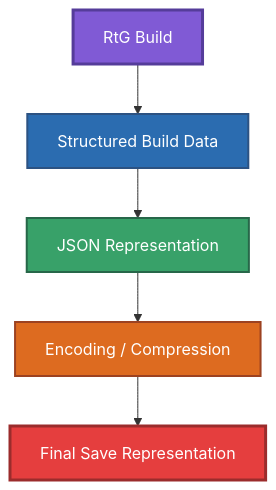
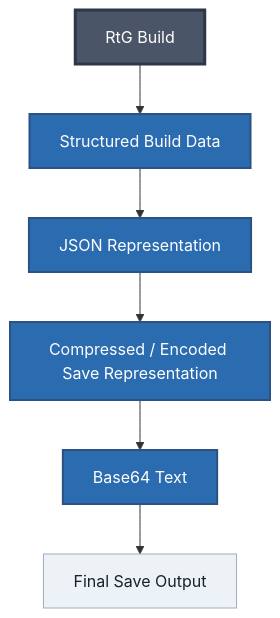
Before and after one commit to JuanCrakYT/RtG-Format: the first of 2 diagrams in compression/overview.md, drawn with Mermaid. The commit also changed 5 other files, not shown here.

````diff
--- a/compression/overview.md
+++ b/compression/overview.md
@@ -17,19 +17,16 @@
 ```mermaid
 flowchart TD
     A["RtG Build"] --> B["Structured Build Data"]
     B --> C["JSON Representation"]
-    C --> D["Encoding / Compression"]
-    D --> E["Final Save Representation"]
+    C --> D["Compressed / Encoded Save Representation"]
+    D --> E["Base64 Text"]
+    E --> F["Final Save Output"]
 
-    classDef start fill:#805ad5,color:#fff,stroke:#553c9a,stroke-width:3px;
-    classDef process fill:#2b6cb0,color:#fff,stroke:#2c5282,stroke-width:2px;
-    classDef json fill:#38a169,color:#fff,stroke:#276749,stroke-width:2px;
-    classDef compression fill:#dd6b20,color:#fff,stroke:#9c4221,stroke-width:2px;
-    classDef final fill:#e53e3e,color:#fff,stroke:#9b2c2c,stroke-width:3px;
+    classDef root fill:#4a5568,color:#fff,stroke:#2d3748,stroke-width:3px;
+    classDef branch fill:#2b6cb0,color:#fff,stroke:#2c5282,stroke-width:2px;
+    classDef detail fill:#edf2f7,color:#1a202c,stroke:#a0aec0;
 
-    class A start;
-    class B process;
-    class C json;
-    class D compression;
-    class E final;
+    class A root;
+    class B,C,D,E branch;
+    class F detail;
 ```
````
